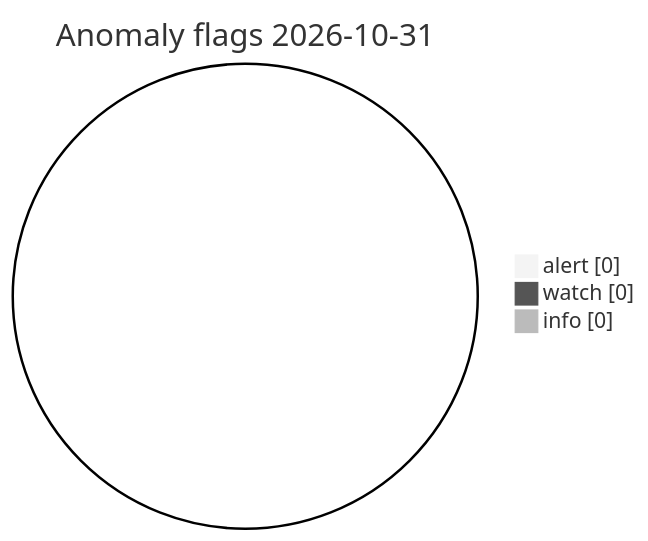
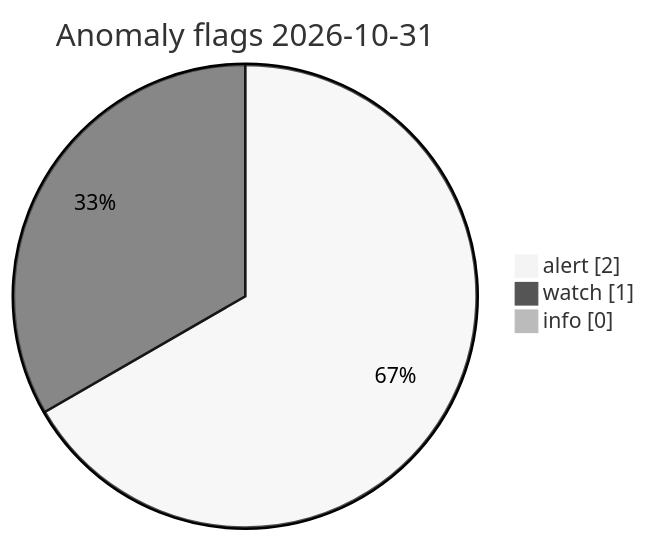
The diagram in visuals/latest/CHARTS.md (Midwest-Stratospheric/Unified-Open-Global-Weather), drawn with Mermaid (neutral theme) before and after one commit. The commit also changed other lines of this file and 13 other files, not shown here.

Commit message:
data(visuals): automated charts 2026-10-31T15:27Z

````diff
--- a/visuals/latest/CHARTS.md
+++ b/visuals/latest/CHARTS.md
@@ -73,7 +73,7 @@
 ```mermaid
 pie showData
   title Anomaly flags 2026-10-31
-  "alert" : 0
-  "watch" : 0
+  "alert" : 2
+  "watch" : 1
   "info" : 0
 ```
````
